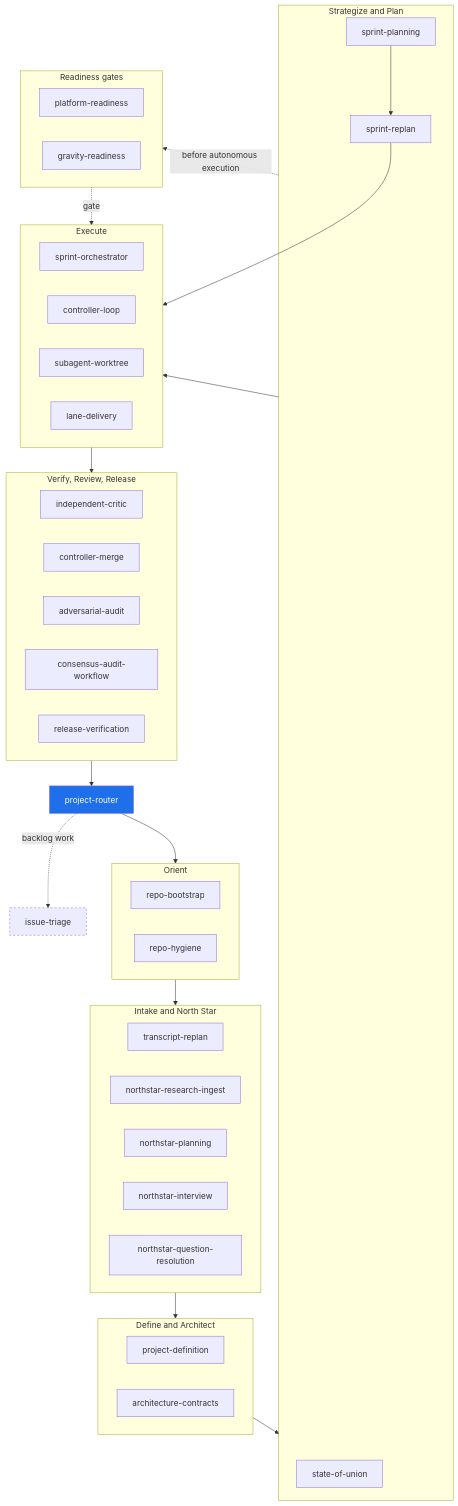
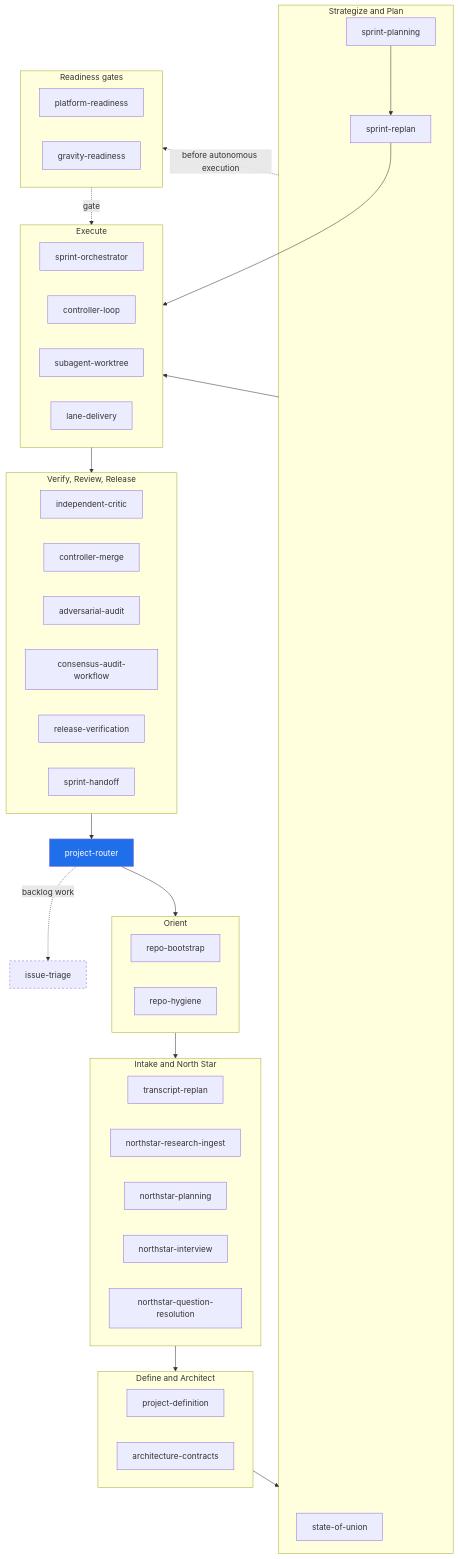
The first of 2 diagrams in docs/skills/README.md (VerdifyConsultancy/verdify-skills), drawn with Mermaid before and after one commit. The commit also changed other lines of this file and 42 other files, not shown here.

Commit message:
Release sprint handoff skill and PR guidance

````diff
--- a/docs/skills/README.md
+++ b/docs/skills/README.md
@@ -27,51 +27,52 @@
 ```mermaid
 flowchart TD
     R[project-router]:::route
 
     subgraph ORIENT["Orient"]
       RB[repo-bootstrap]
       RH[repo-hygiene]
     end
     subgraph NS["Intake and North Star"]
       TR[transcript-replan]
       RI[northstar-research-ingest]
       NP[northstar-planning]
       NI[northstar-interview]
       NQ[northstar-question-resolution]
     end
     subgraph DEF["Define and Architect"]
       PD[project-definition]
       AC[architecture-contracts]
     end
     subgraph PLAN["Strategize and Plan"]
       SU[state-of-union]
       SP[sprint-planning]
       SR[sprint-replan]
     end
     subgraph EXEC["Execute"]
       SO[sprint-orchestrator]
       CL[controller-loop]
       SW[subagent-worktree]
       LD[lane-delivery]
     end
     subgraph VERIFY["Verify, Review, Release"]
       IC[independent-critic]
       CM[controller-merge]
       AA[adversarial-audit]
       CA[consensus-audit-workflow]
       RV[release-verification]
+      SH[sprint-handoff]
     end
     subgraph GATES["Readiness gates"]
       PR[platform-readiness]
       GR[gravity-readiness]
     end
 
     R --> ORIENT --> NS --> DEF --> PLAN --> EXEC --> VERIFY --> R
     SP --> SR --> EXEC
     PLAN -. before autonomous execution .-> GATES
     GATES -. gate .-> EXEC
     R -. backlog work .-> IT[issue-triage]:::standalone
 
     classDef route fill:#1f6feb,color:#fff;
     classDef standalone stroke-dasharray: 4 4;
 ```
````
